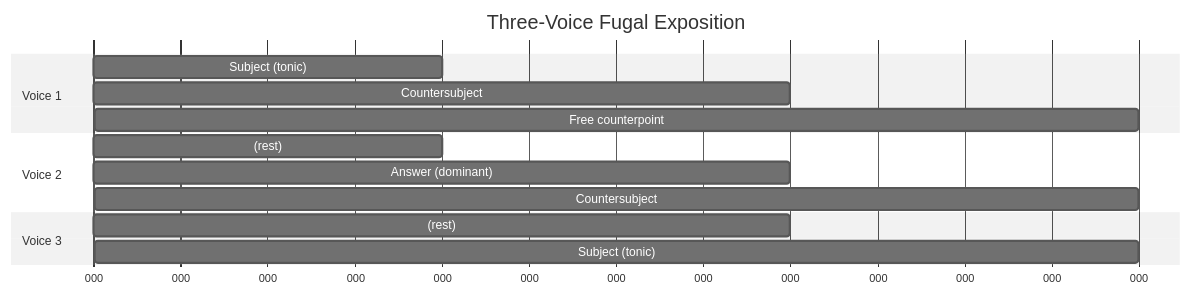
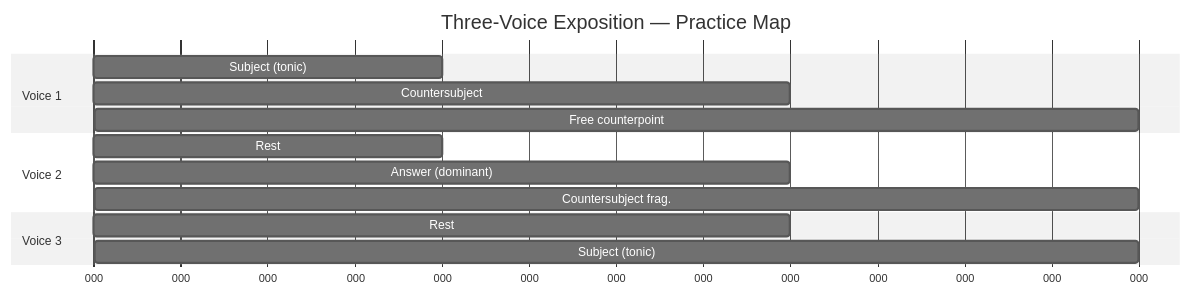
One commit to blebleblee/synapse changed the third of 3 diagrams in topics/arts/composition/counterpoint/lesson_03_free_counterpoint.md. Above: the diagram before and after it, drawn with Mermaid (neutral theme). The commit also changed other lines of this file and 4 other files, not shown here.

````diff
--- a/topics/arts/composition/counterpoint/lesson_03_free_counterpoint.md
+++ b/topics/arts/composition/counterpoint/lesson_03_free_counterpoint.md
@@ -344,20 +225,17 @@
 ```mermaid
 gantt
-    title Three-Voice Fugal Exposition
+    title Three-Voice Exposition — Practice Map
     dateFormat X
     axisFormat %L
-    
     section Voice 1
-    Subject (tonic)       :a1, 0, 4
-    Countersubject        :a2, 4, 8
-    Free counterpoint     :a3, 8, 12
-    
+    Subject (tonic)        :a1, 0, 4
+    Countersubject         :a2, 4, 8
+    Free counterpoint      :a3, 8, 12
     section Voice 2
-    (rest)                :b1, 0, 4
-    Answer (dominant)     :b2, 4, 8
-    Countersubject        :b3, 8, 12
-    
+    Rest                   :b1, 0, 4
+    Answer (dominant)      :b2, 4, 8
+    Countersubject frag.   :b3, 8, 12
     section Voice 3
-    (rest)                :c1, 0, 8
-    Subject (tonic)       :c2, 8, 12
+    Rest                   :c1, 0, 8
+    Subject (tonic)        :c2, 8, 12
 ```
````
